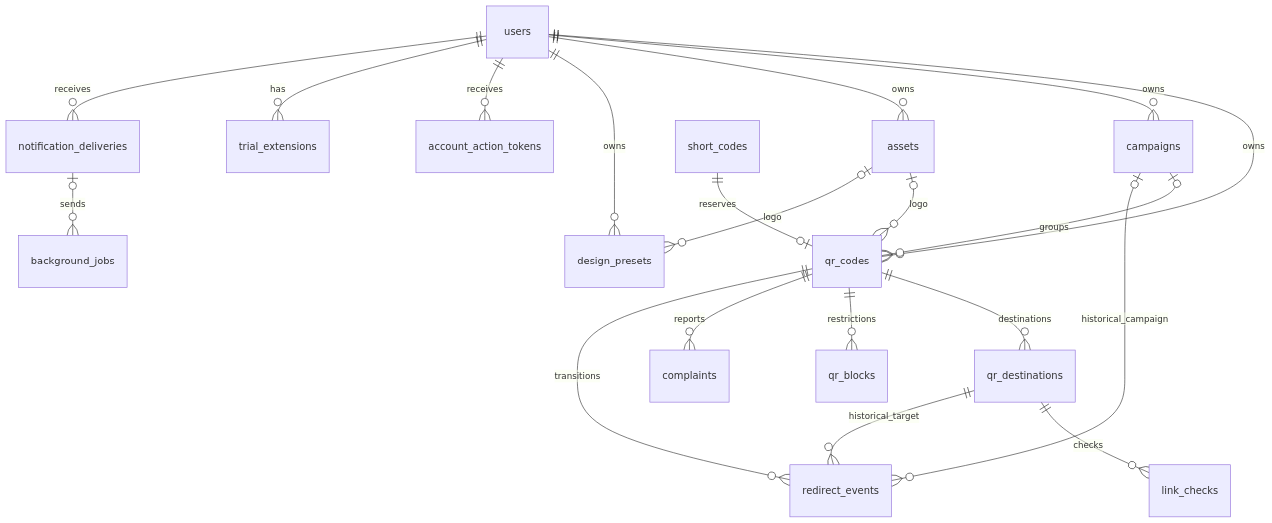
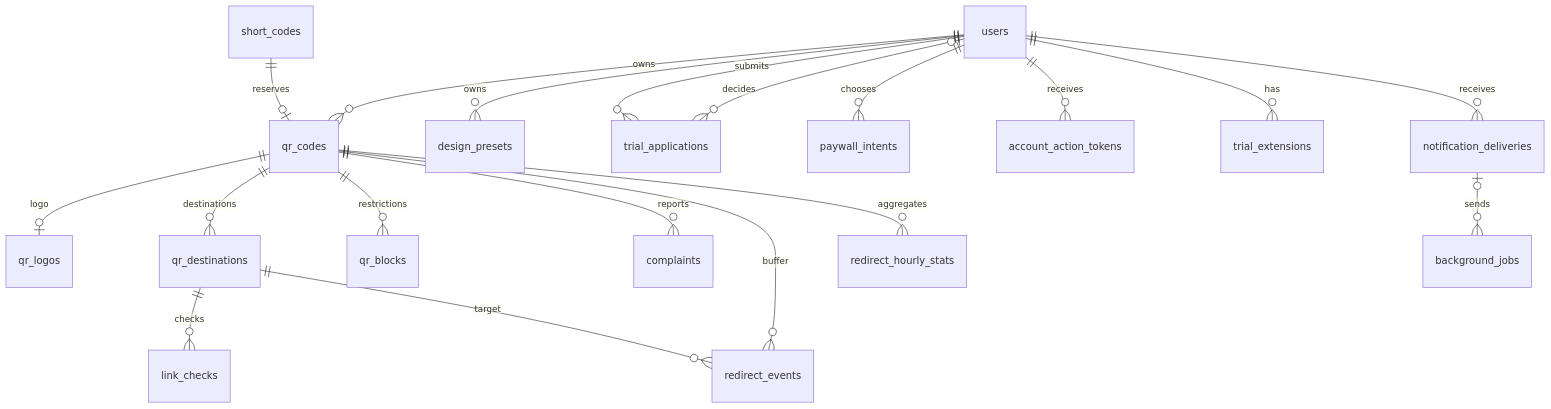
The diagram in docs/data-model.md (GabrielHangor/QR-studio), drawn with Mermaid before and after one commit. The commit also changed other lines of this file and 22 other files, not shown here.

First line of the commit message:
backend: revise schema for bounded-data beta

````diff
--- a/docs/data-model.md
+++ b/docs/data-model.md
@@ -39,22 +38,21 @@
 ```mermaid
 erDiagram
   users ||--o{ qr_codes : owns
-  users ||--o{ campaigns : owns
-  users ||--o{ assets : owns
   users ||--o{ design_presets : owns
+  users ||--o{ trial_applications : submits
+  users o|--o{ trial_applications : decides
+  users ||--o{ paywall_intents : chooses
   users ||--o{ account_action_tokens : receives
   users ||--o{ trial_extensions : has
   short_codes ||--o| qr_codes : reserves
-  campaigns o|--o{ qr_codes : groups
-  assets o|--o{ qr_codes : logo
-  assets o|--o{ design_presets : logo
+  qr_codes ||--o| qr_logos : logo
   qr_codes ||--o{ qr_destinations : destinations
   qr_destinations ||--o{ link_checks : checks
   qr_codes ||--o{ qr_blocks : restrictions
   qr_codes ||--o{ complaints : reports
-  qr_codes ||--o{ redirect_events : transitions
-  campaigns o|--o{ redirect_events : historical_campaign
-  qr_destinations ||--o{ redirect_events : historical_target
+  qr_codes ||--o{ redirect_events : buffer
+  qr_codes ||--o{ redirect_hourly_stats : aggregates
+  qr_destinations ||--o{ redirect_events : target
   users ||--o{ notification_deliveries : receives
   notification_deliveries o|--o{ background_jobs : sends
 ```
````
